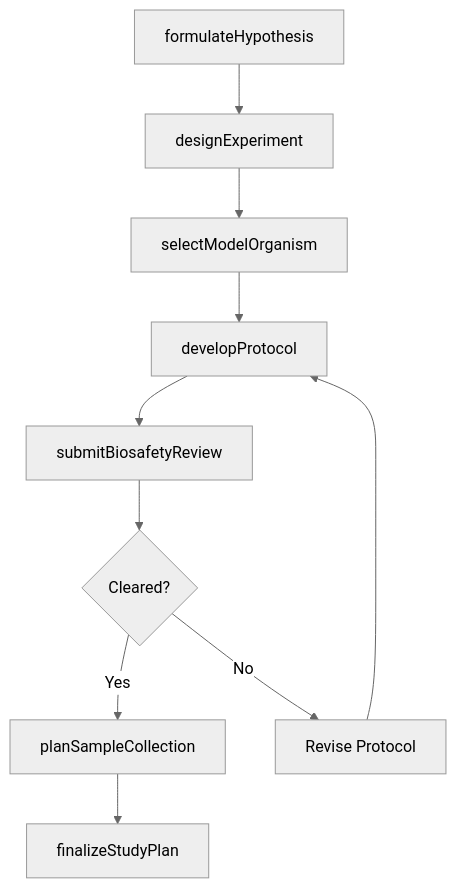
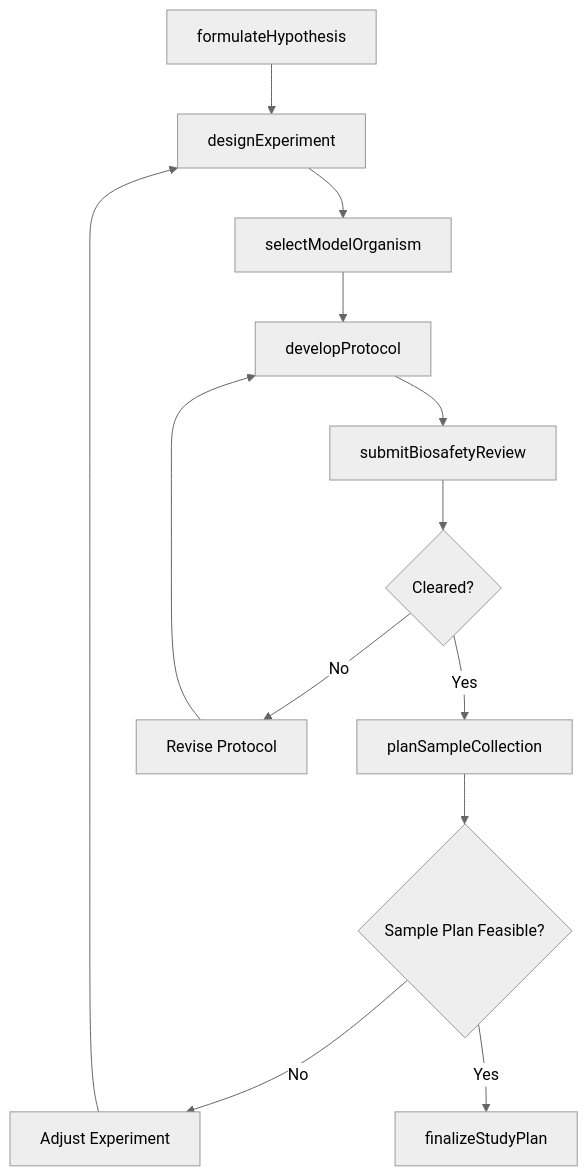
The third of 4 diagrams in ThinkingCreatively/DevelopResearchPlansOrMethodologies/PlanBiologicalResearch.mdx (dot-org-ai/tasks.org.ai), drawn with Mermaid (neutral theme) before and after one commit. The commit also changed other lines of this file and 504 other files, not shown here.

First line of the commit message:
feat: Add ER diagrams, state diagrams, and workflow improvements to 96 DWA task files

````diff
--- a/ThinkingCreatively/DevelopResearchPlansOrMethodologies/PlanBiologicalResearch.mdx
+++ b/ThinkingCreatively/DevelopResearchPlansOrMethodologies/PlanBiologicalResearch.mdx
@@ -86,12 +114,15 @@
 ```mermaid
 graph TD
     A[formulateHypothesis] --> B[designExperiment]
     B --> C[selectModelOrganism]
     C --> D[developProtocol]
     D --> E[submitBiosafetyReview]
     E --> F{Cleared?}
     F -->|Yes| G[planSampleCollection]
     F -->|No| H[Revise Protocol]
     H --> D
-    G --> I[finalizeStudyPlan]
+    G --> I{Sample Plan Feasible?}
+    I -->|No| J[Adjust Experiment]
+    J --> B
+    I -->|Yes| K[finalizeStudyPlan]
 ```
````
